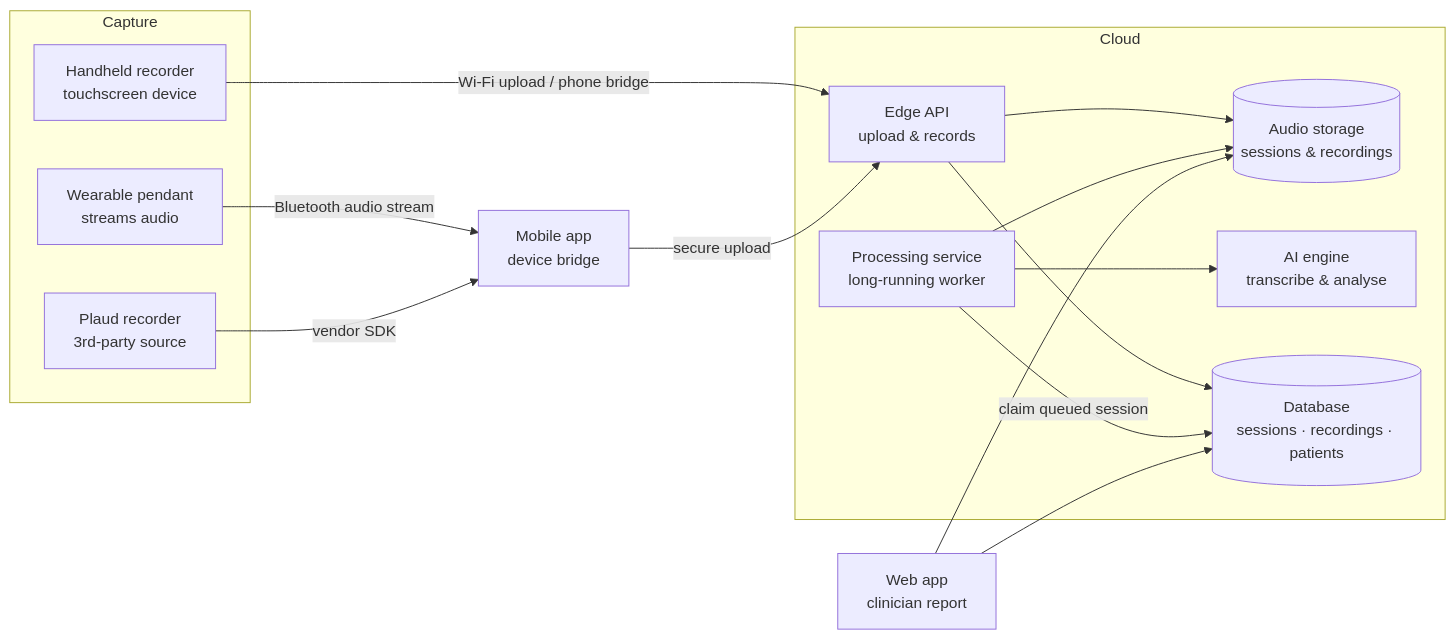
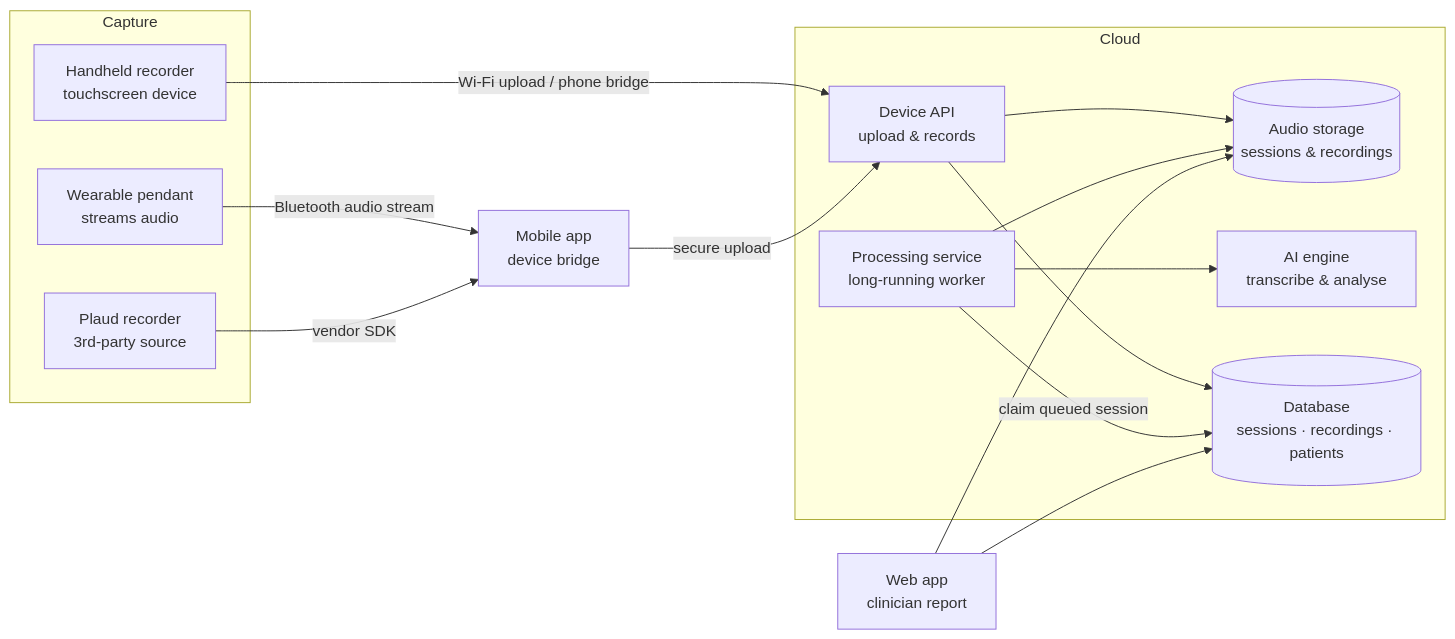
The diagram in docs-site/docs/intro.md (Longcao24/sate-companion), drawn with Mermaid before and after one commit. The commit also changed other lines of this file and 11 other files, not shown here.

````diff
--- a/docs-site/docs/intro.md
+++ b/docs-site/docs/intro.md
@@ -54,32 +54,32 @@
 ```mermaid
 flowchart LR
   subgraph Capture
     REC["Handheld recorder<br/>touchscreen device"]
     PEN["Wearable pendant<br/>streams audio"]
     PLA["Plaud recorder<br/>3rd-party source"]
   end
 
   APP["Mobile app<br/>device bridge"]
 
   subgraph Cloud
-    API["Edge API<br/>upload & records"]
+    API["Device API<br/>upload & records"]
     STG[("Audio storage<br/>sessions & recordings")]
     PROC["Processing service<br/>long-running worker"]
     AI["AI engine<br/>transcribe & analyse"]
     DB[("Database<br/>sessions · recordings · patients")]
   end
 
   WEB["Web app<br/>clinician report"]
 
   REC -- "Wi-Fi upload / phone bridge" --> API
   PEN -- "Bluetooth audio stream" --> APP
   PLA -- "vendor SDK" --> APP
   APP -- "secure upload" --> API
   API --> STG
   API --> DB
   PROC -- "claim queued session" --> DB
   PROC --> STG
   PROC --> AI
   WEB --> DB
   WEB --> STG
 ```
````
